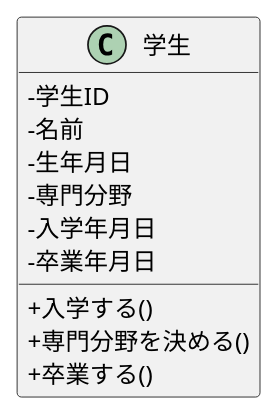
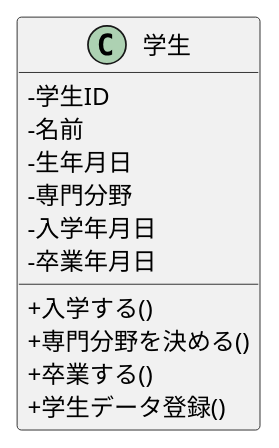
Before and after one commit to sugimoto0804/o-hara_uml: the diagram in 05_web_ronbun/class.pu, drawn with PlantUML.

Commit message:
class_commit

```diff
--- a/05_web_ronbun/class.pu
+++ b/05_web_ronbun/class.pu
@@ -1,15 +1,16 @@
 @startuml
 skinparam classAttributeIconSize 0
 class 学生 {
 -学生ID
 -名前
 -生年月日
 -専門分野
 -入学年月日
 -卒業年月日
 +入学する()
 +専門分野を決める()
 +卒業する()
++学生データ登録()
 }
  
 @enduml
```
